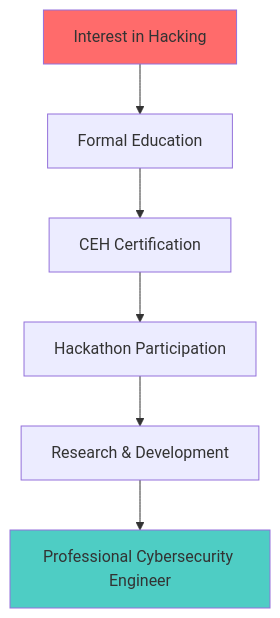
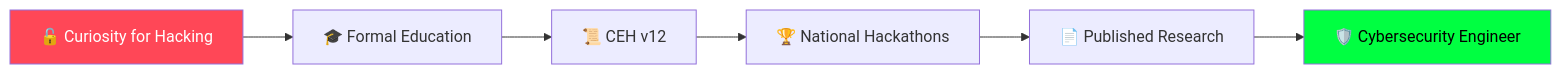
One commit to raju4199/raju4199 changed the diagram in README.md. Above: the diagram before and after it, drawn with Mermaid. The commit also changed other lines of this file, not shown here.

````diff
--- a/README.md
+++ b/README.md
@@ -129,11 +189,10 @@
 ```mermaid
-graph TD
-    A[Interest in Hacking] --> B[Formal Education]
-    B --> C[CEH Certification]
-    C --> D[Hackathon Participation]
-    D --> E[Research & Development]
-    E --> F[Professional Cybersecurity Engineer]
-    
-    style A fill:#ff6b6b
-    style F fill:#4ecdc4
+graph LR
+    A[🔓 Curiosity for Hacking] --> B[🎓 Formal Education]
+    B --> C[📜 CEH v12]
+    C --> D[🏆 National Hackathons]
+    D --> E[📄 Published Research]
+    E --> F[🛡️ Cybersecurity Engineer]
+    style A fill:#ff4757,color:#fff
+    style F fill:#00ff41,color:#000
 ```
````
